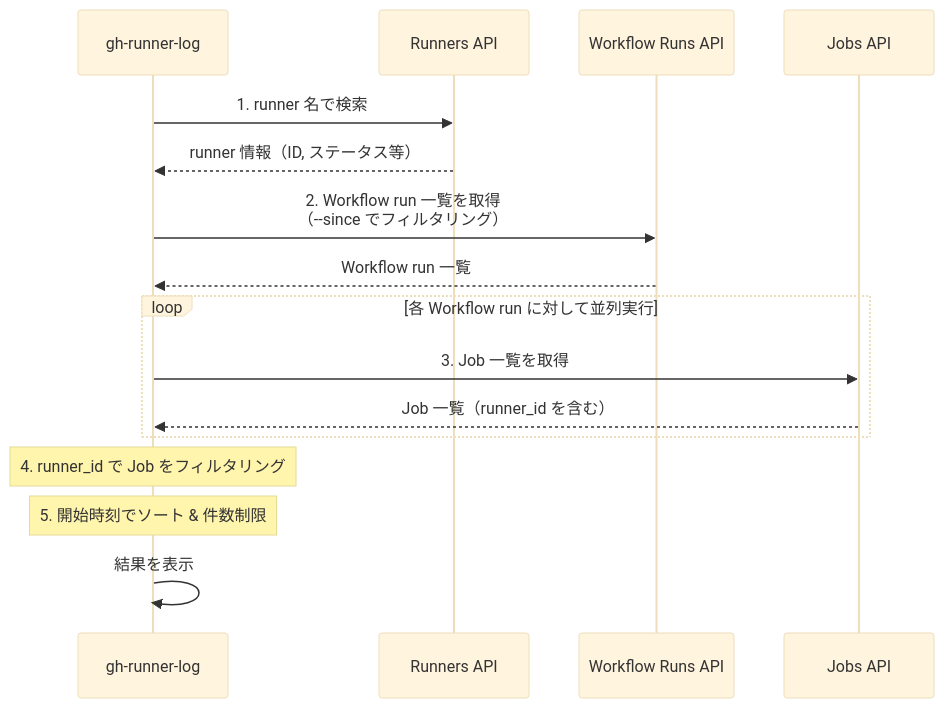
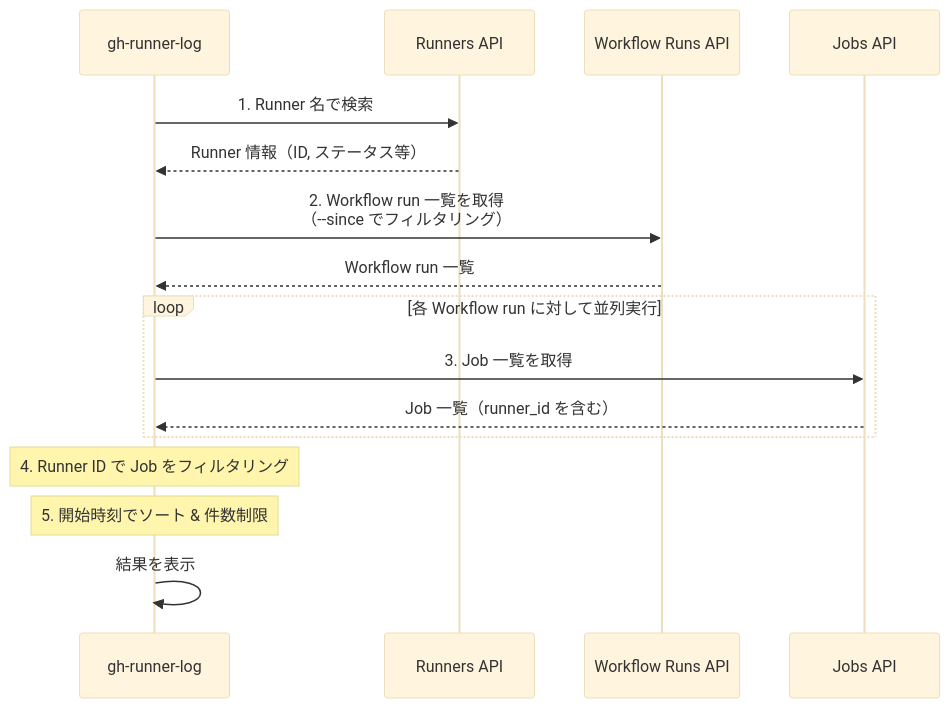
One commit to VeyronSakai/Zenn changed the first of 2 diagrams in articles/6bc9f34595ad01.md. Above: the diagram before and after it, drawn with Mermaid (base theme). The commit also changed other lines of this file, not shown here.

````diff
--- a/articles/6bc9f34595ad01.md
+++ b/articles/6bc9f34595ad01.md
@@ -160,22 +173,22 @@
 ```mermaid
 sequenceDiagram
     participant CLI as gh-runner-log
     participant Runners as Runners API
     participant Runs as Workflow Runs API
     participant Jobs as Jobs API
     
-    CLI->>Runners: 1. runner 名で検索
-    Runners-->>CLI: runner 情報（ID, ステータス等）
+    CLI->>Runners: 1. Runner 名で検索
+    Runners-->>CLI: Runner 情報（ID, ステータス等）
     
     CLI->>Runs: 2. Workflow run 一覧を取得<br/>（--since でフィルタリング）
     Runs-->>CLI: Workflow run 一覧
     
     loop 各 Workflow run に対して並列実行
         CLI->>Jobs: 3. Job 一覧を取得
         Jobs-->>CLI: Job 一覧（runner_id を含む）
     end
     
-    Note over CLI: 4. runner_id で Job をフィルタリング
+    Note over CLI: 4. Runner ID で Job をフィルタリング
     Note over CLI: 5. 開始時刻でソート & 件数制限
     CLI->>CLI: 結果を表示
 ```
````
